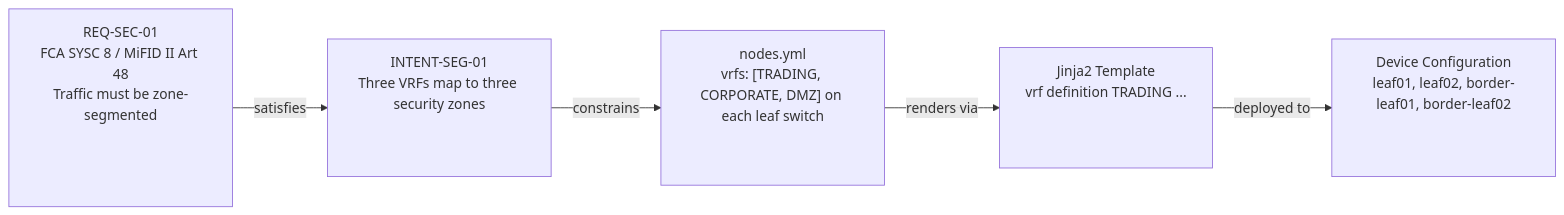
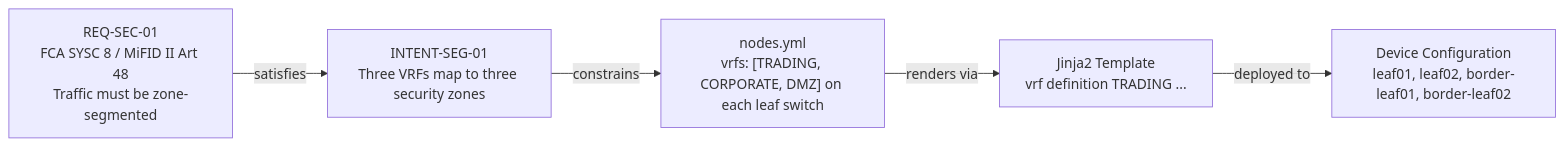
The diagram in 12-security-compliance/chapter.md (ppklau/network_automation_handbook), drawn with Mermaid before and after one commit. The commit also changed 9 other files, not shown here.

Commit message:
Updated Mermaid charts.

````diff
--- a/12-security-compliance/chapter.md
+++ b/12-security-compliance/chapter.md
@@ -91,13 +91,13 @@
 ```mermaid
 graph LR
-    REQ["<div style='min-height:200px'>REQ-SEC-01\nFCA SYSC 8 / MiFID II Art 48\nTraffic must be zone-segmented</div>"]
-    INT["<div style='min-height:130px'>INTENT-SEG-01\nThree VRFs map to three security zones</div>"]
-    SOT["<div style='min-height:150px'>nodes.yml\nvrfs: [TRADING, CORPORATE, DMZ] on each leaf switch</div>"]
-    TPL["<div style='min-height:110px'>Jinja2 Template\nvrf definition TRADING ...</div>"]
-    DEV["<div style='min-height:130px'>Device Configuration\nleaf01, leaf02, border-leaf01, border-leaf02</div>"]
+    REQ["REQ-SEC-01\nFCA SYSC 8 / MiFID II Art 48\nTraffic must be zone-segmented"]
+    INT["INTENT-SEG-01\nThree VRFs map to three security zones"]
+    SOT["nodes.yml\nvrfs: [TRADING, CORPORATE, DMZ] on each leaf switch"]
+    TPL["Jinja2 Template\nvrf definition TRADING ..."]
+    DEV["Device Configuration\nleaf01, leaf02, border-leaf01, border-leaf02"]
 
     REQ -->|"satisfies"| INT
     INT -->|"constrains"| SOT
     SOT -->|"renders via"| TPL
     TPL -->|"deployed to"| DEV
 ```
````
